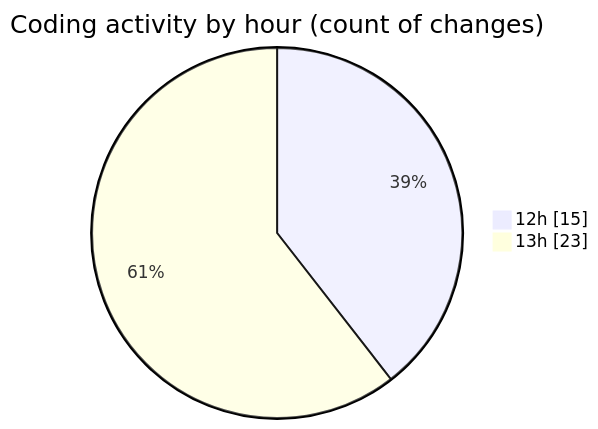
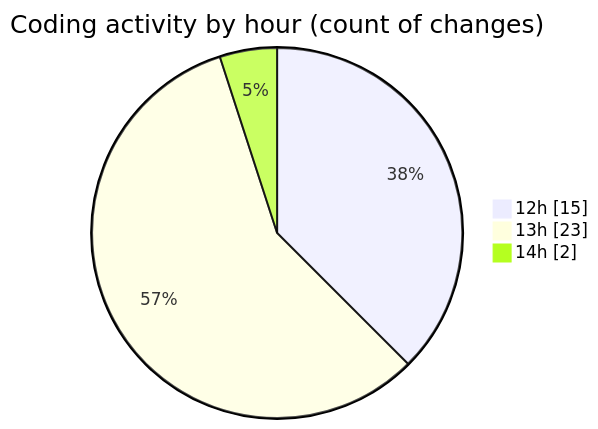
Before and after one commit to donsfak/code-tracking: the second of 2 diagrams in 2025-03-27/wordle/README.md, drawn with Mermaid. The commit also changed other lines of this file and 1 other file, not shown here.

````diff
--- a/2025-03-27/wordle/README.md
+++ b/2025-03-27/wordle/README.md
@@ -38,6 +38,7 @@
 ```mermaid
 pie showData
 title Coding activity by hour (count of changes)
 "12h" : 15
 "13h" : 23
+"14h" : 2
 ```
````
